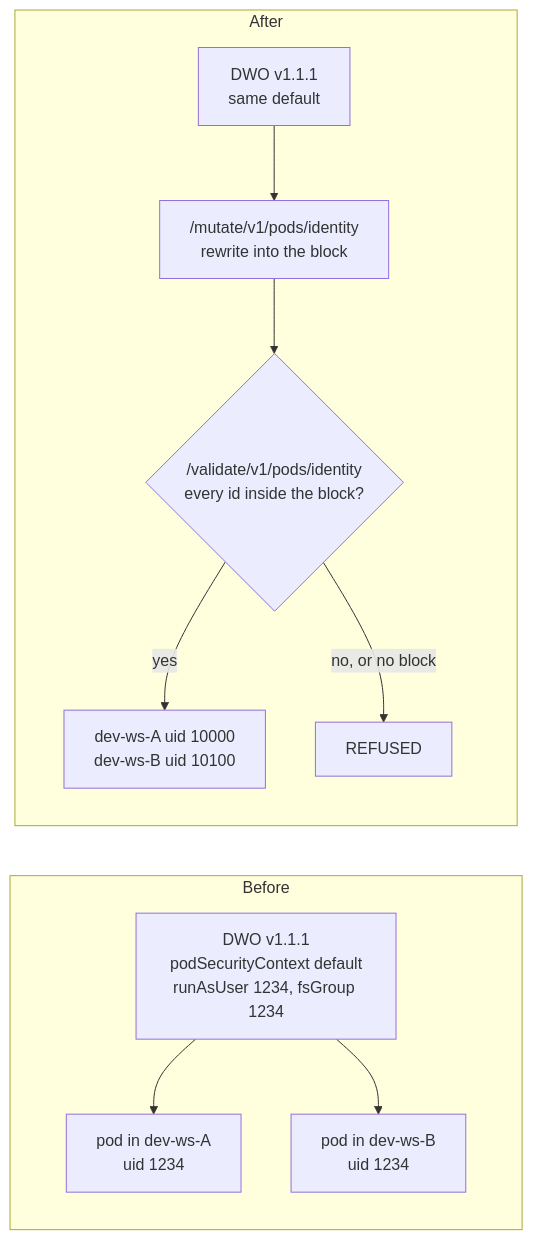
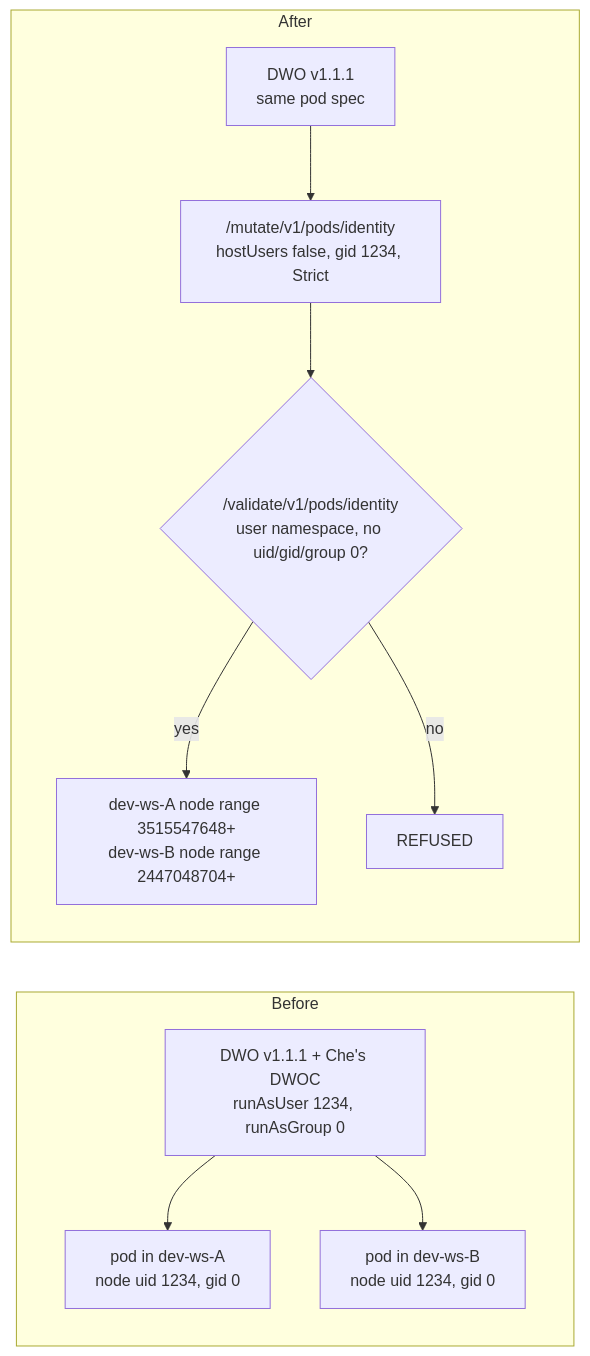
Before and after one commit to batleforc/weebo-si-hardening: the first of 4 diagrams in docs/rfc/0018-namespace-uid-range.md, drawn with Mermaid. The commit also changed other lines of this file and 4 other files, not shown here.

First line of the commit message:
docs(rfc): 0018 redesigned as workspace pod identity, 0018-0021 accepted

````diff
--- a/docs/rfc/0018-namespace-uid-range.md
+++ b/docs/rfc/0018-namespace-uid-range.md
@@ -47,13 +53,13 @@
 ```mermaid
 flowchart LR
   subgraph before["Before"]
-    DWO1["DWO v1.1.1<br/>podSecurityContext default<br/>runAsUser 1234, fsGroup 1234"] --> P1["pod in dev-ws-A<br/>uid 1234"]
-    DWO1 --> P2["pod in dev-ws-B<br/>uid 1234"]
+    DWO1["DWO v1.1.1 + Che's DWOC<br/>runAsUser 1234, runAsGroup 0"] --> P1["pod in dev-ws-A<br/>node uid 1234, gid 0"]
+    DWO1 --> P2["pod in dev-ws-B<br/>node uid 1234, gid 0"]
   end
   subgraph after["After"]
-    DWO2["DWO v1.1.1<br/>same default"] --> M["/mutate/v1/pods/identity<br/>rewrite into the block"]
-    M --> V{"/validate/v1/pods/identity<br/>every id inside the block?"}
-    V -- "yes" --> PA["dev-ws-A uid 10000<br/>dev-ws-B uid 10100"]
-    V -- "no, or no block" --> R["REFUSED"]
+    DWO2["DWO v1.1.1<br/>same pod spec"] --> M["/mutate/v1/pods/identity<br/>hostUsers false, gid 1234, Strict"]
+    M --> V{"/validate/v1/pods/identity<br/>user namespace, no uid/gid/group 0?"}
+    V -- "yes" --> PA["dev-ws-A node range 3515547648+<br/>dev-ws-B node range 2447048704+"]
+    V -- "no" --> R["REFUSED"]
   end
 ```
````
